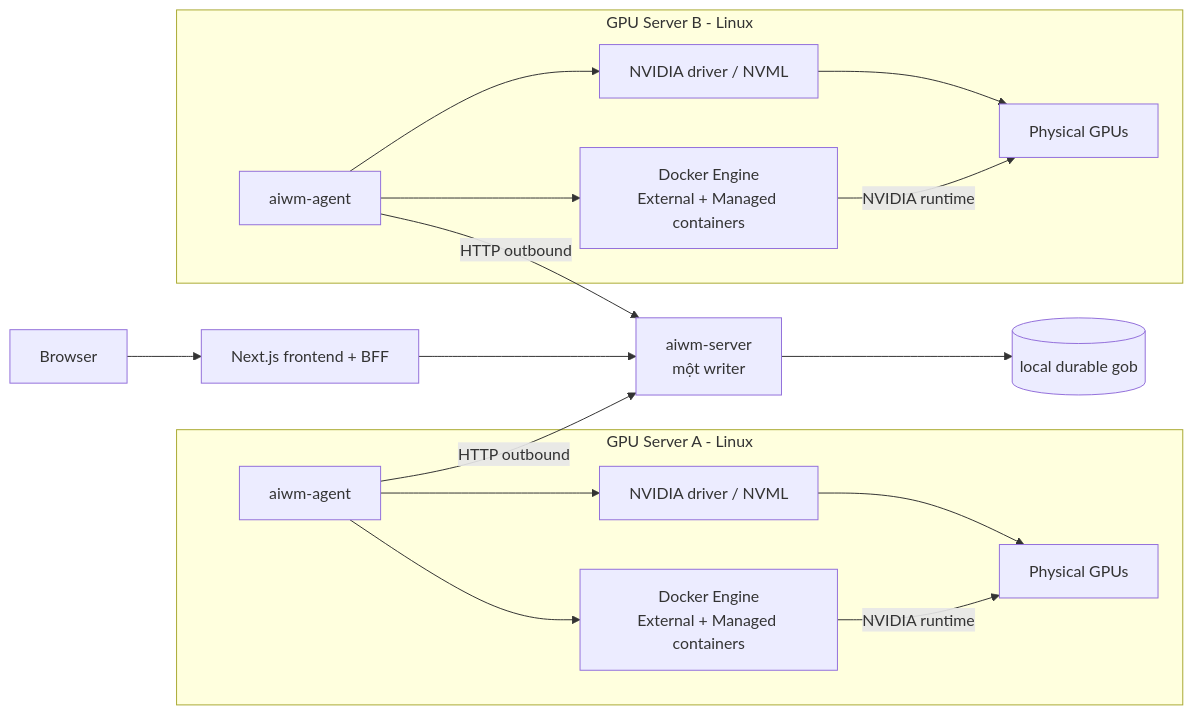
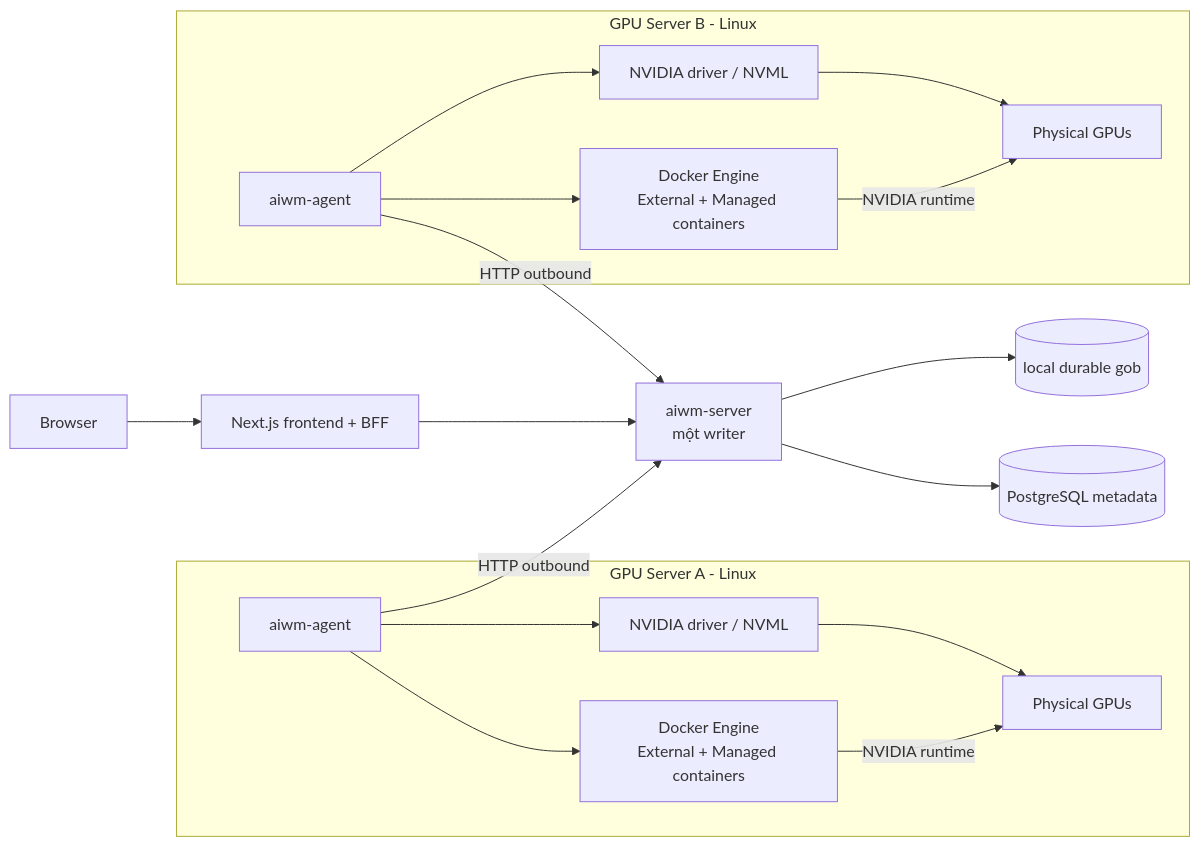
Before and after one commit to NgocDungK68/docker-gpu-server-platform: diagram 14 of 14 in docs/SYSTEM_DESIGN.md, drawn with Mermaid. The commit also changed other lines of this file and 56 other files, not shown here.

```diff
--- a/docs/SYSTEM_DESIGN.md
+++ b/docs/SYSTEM_DESIGN.md
@@ -595,28 +544,29 @@
 ~~~mermaid
 flowchart LR
     USER["Browser"] --> FE["Next.js frontend + BFF"]
     FE --> CP["aiwm-server<br/>một writer"]
     CP --> DISK[("local durable gob")]
+    CP --> PG[("PostgreSQL metadata")]
     subgraph A["GPU Server A - Linux"]
         AG1["aiwm-agent"]
         DK1["Docker Engine<br/>External + Managed containers"]
         NV1["NVIDIA driver / NVML"]
         G1["Physical GPUs"]
         AG1 --> DK1
         AG1 --> NV1
         NV1 --> G1
         DK1 -->|NVIDIA runtime| G1
     end
     subgraph B["GPU Server B - Linux"]
         AG2["aiwm-agent"]
         DK2["Docker Engine<br/>External + Managed containers"]
         NV2["NVIDIA driver / NVML"]
         G2["Physical GPUs"]
         AG2 --> DK2
         AG2 --> NV2
         NV2 --> G2
         DK2 -->|NVIDIA runtime| G2
     end
     AG1 -->|HTTP outbound| CP
     AG2 -->|HTTP outbound| CP
 ~~~
```
